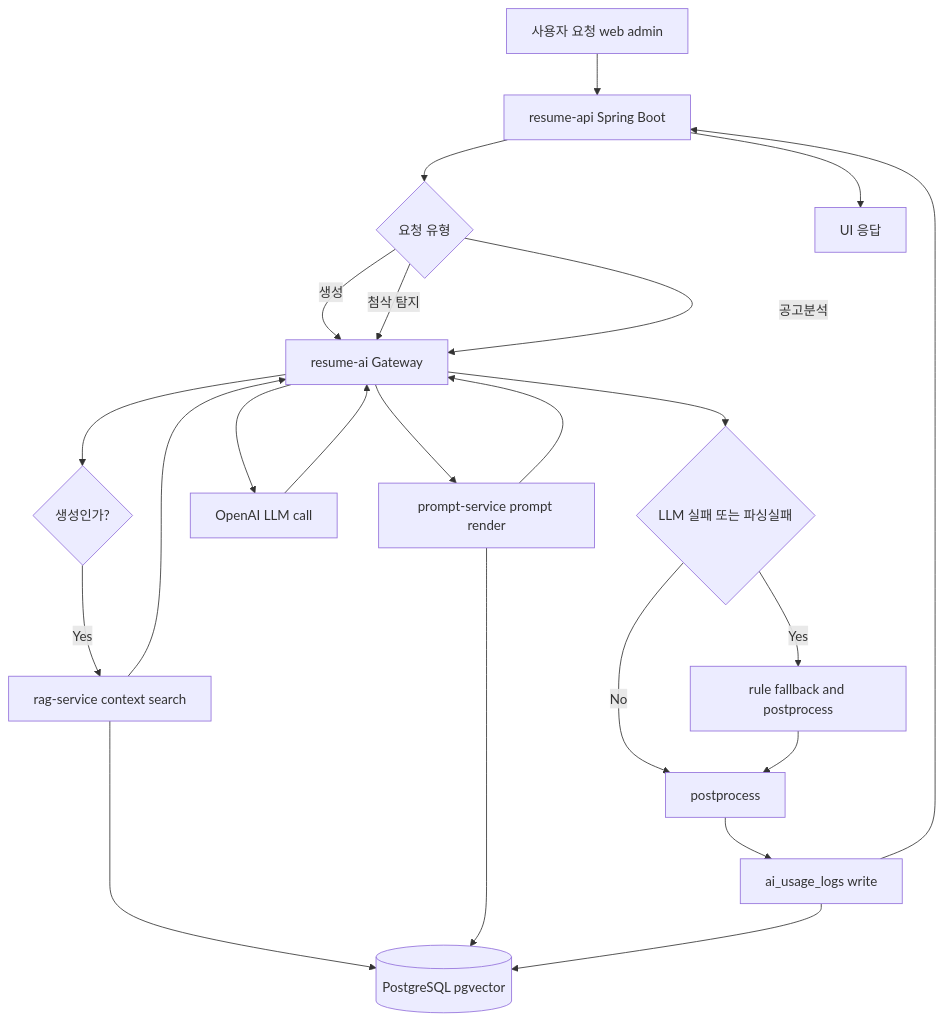
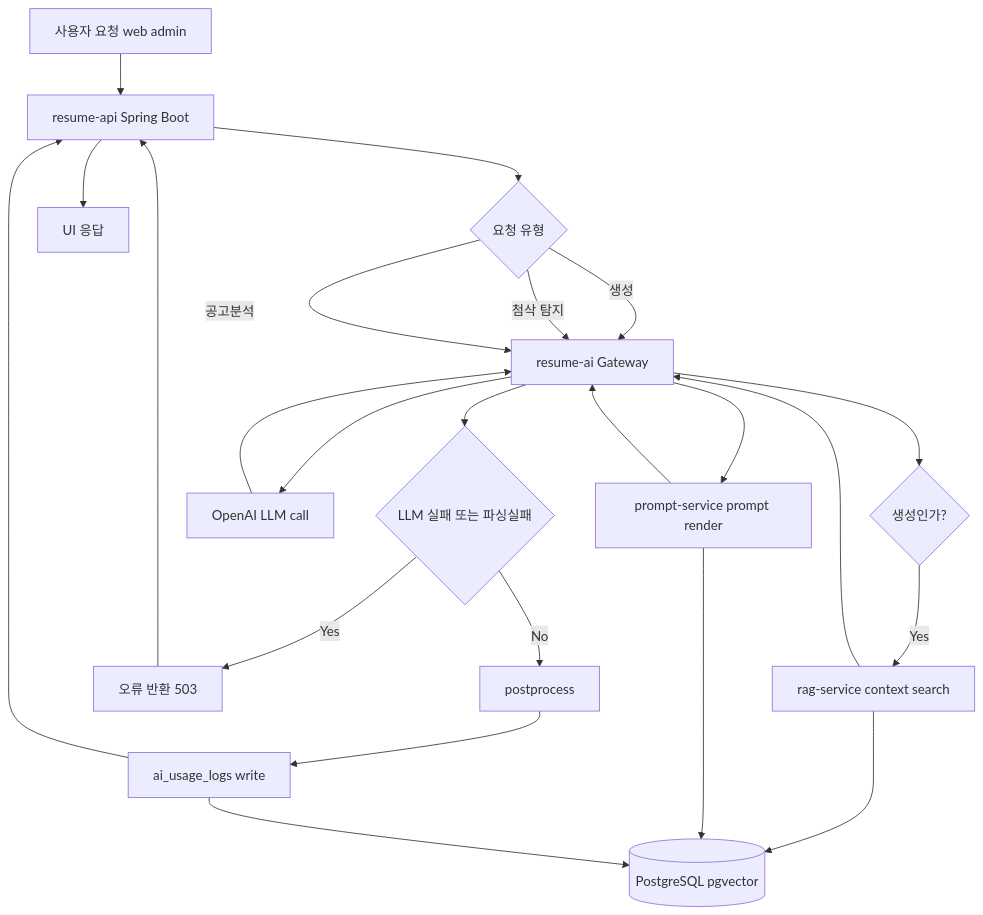
One commit to ktdvlp-jih/resume-pilot changed the first of 5 diagrams in docs/reports/개발스택-AI동작-버전비교-2026-07-09.md. Above: the diagram before and after it, drawn with Mermaid. The commit also changed other lines of this file and 4 other files, not shown here.

````diff
--- a/docs/reports/개발스택-AI동작-버전비교-2026-07-09.md
+++ b/docs/reports/개발스택-AI동작-버전비교-2026-07-09.md
@@ -164,31 +167,31 @@
 ```mermaid
 flowchart TD
     A[사용자 요청 web admin] --> B[resume-api Spring Boot]
 
     B --> C{요청 유형}
     C -->|생성| G1[resume-ai Gateway]
     C -->|첨삭 탐지| G1
     C -->|공고분석| G1
 
     G1 --> D1{생성인가?}
     D1 -->|Yes| R[rag-service context search]
     R --> DB[(PostgreSQL pgvector)]
     R --> G1
 
     G1 --> P[prompt-service prompt render]
     P --> DB
     P --> G1
 
     G1 --> LLM[OpenAI LLM call]
     LLM --> G1
 
     G1 --> F{LLM 실패 또는 파싱실패}
-    F -->|Yes| RB[rule fallback and postprocess]
+    F -->|Yes| ERR[오류 반환 503]
     F -->|No| PP[postprocess]
-    RB --> PP
 
     PP --> LOG[ai_usage_logs write]
     LOG --> DB
     LOG --> B
     B --> Z[UI 응답]
+    ERR --> B
 ```
````
